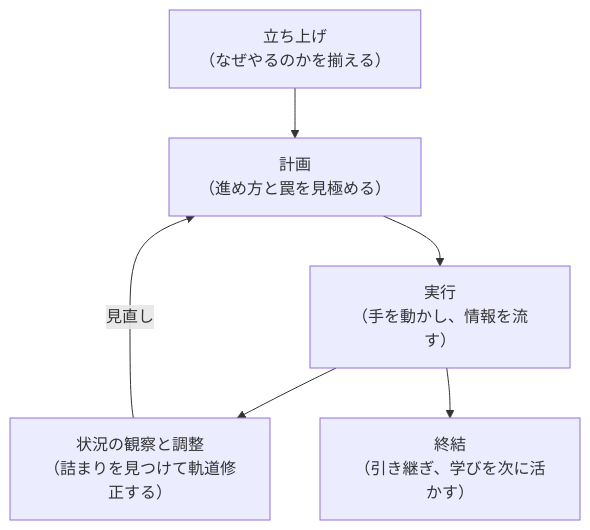
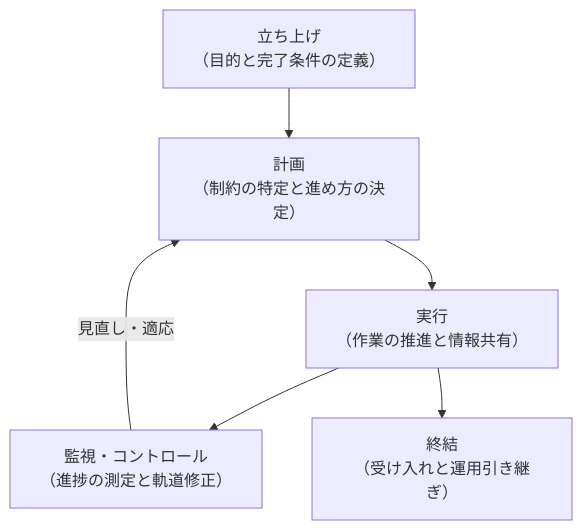
One commit to MasuqaT-NET/Zenn-contents changed the diagram in books/project-management-as-dandori/2.what-is-project-management.md. Above: the diagram before and after it, drawn with Mermaid. The commit also changed other lines of this file and 7 other files, not shown here.

````diff
--- a/books/project-management-as-dandori/2.what-is-project-management.md
+++ b/books/project-management-as-dandori/2.what-is-project-management.md
@@ -35,8 +26,8 @@
 ```mermaid
 flowchart TD
-    initiating["立ち上げ<br>（なぜやるのかを揃える）"] --> planning["計画<br>（進め方と罠を見極める）"]
-    planning --> executing["実行<br>（手を動かし、情報を流す）"]
-    executing --> monitoring["状況の観察と調整<br>（詰まりを見つけて軌道修正する）"]
-    monitoring -->|見直し| planning
-    executing --> closing["終結<br>（引き継ぎ、学びを次に活かす）"]
+    initiating["立ち上げ<br>（目的と完了条件の定義）"] --> planning["計画<br>（制約の特定と進め方の決定）"]
+    planning --> executing["実行<br>（作業の推進と情報共有）"]
+    executing --> monitoring["監視・コントロール<br>（進捗の測定と軌道修正）"]
+    monitoring -->|見直し・適応| planning
+    executing --> closing["終結<br>（受け入れと運用引き継ぎ）"]
 ```
````
